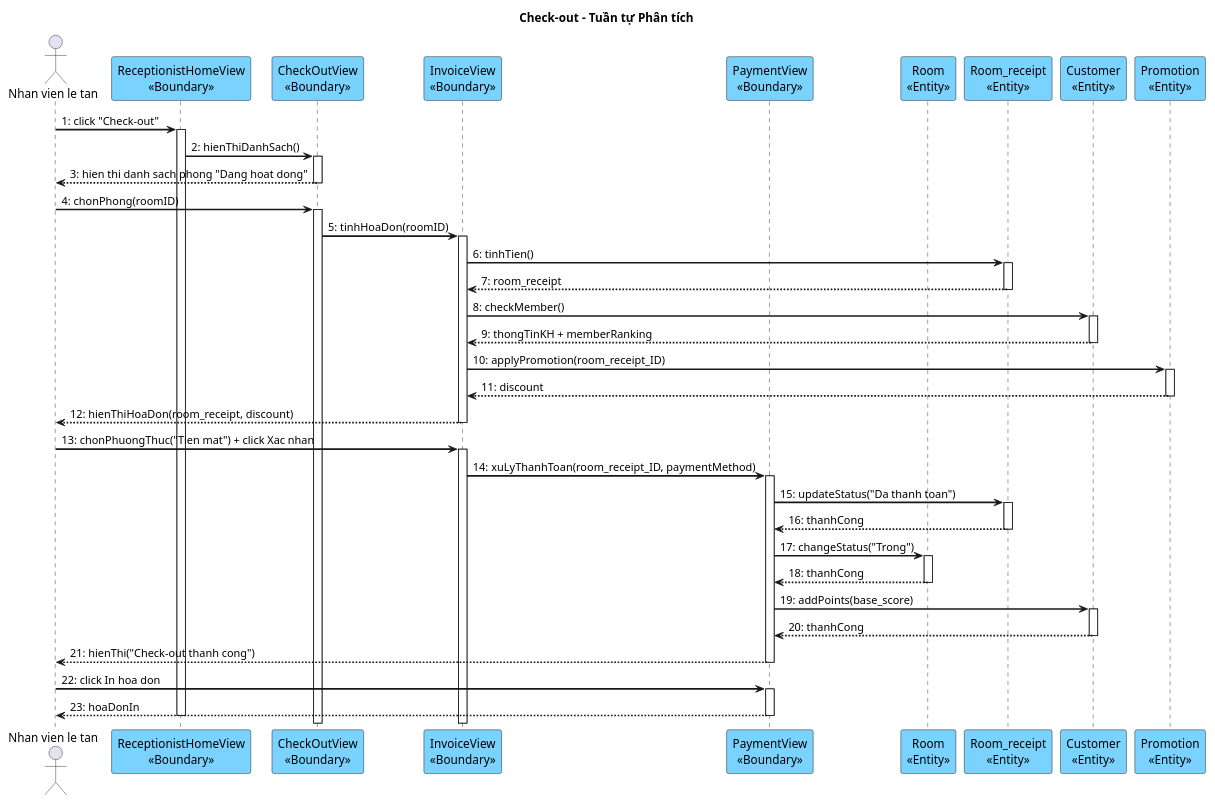
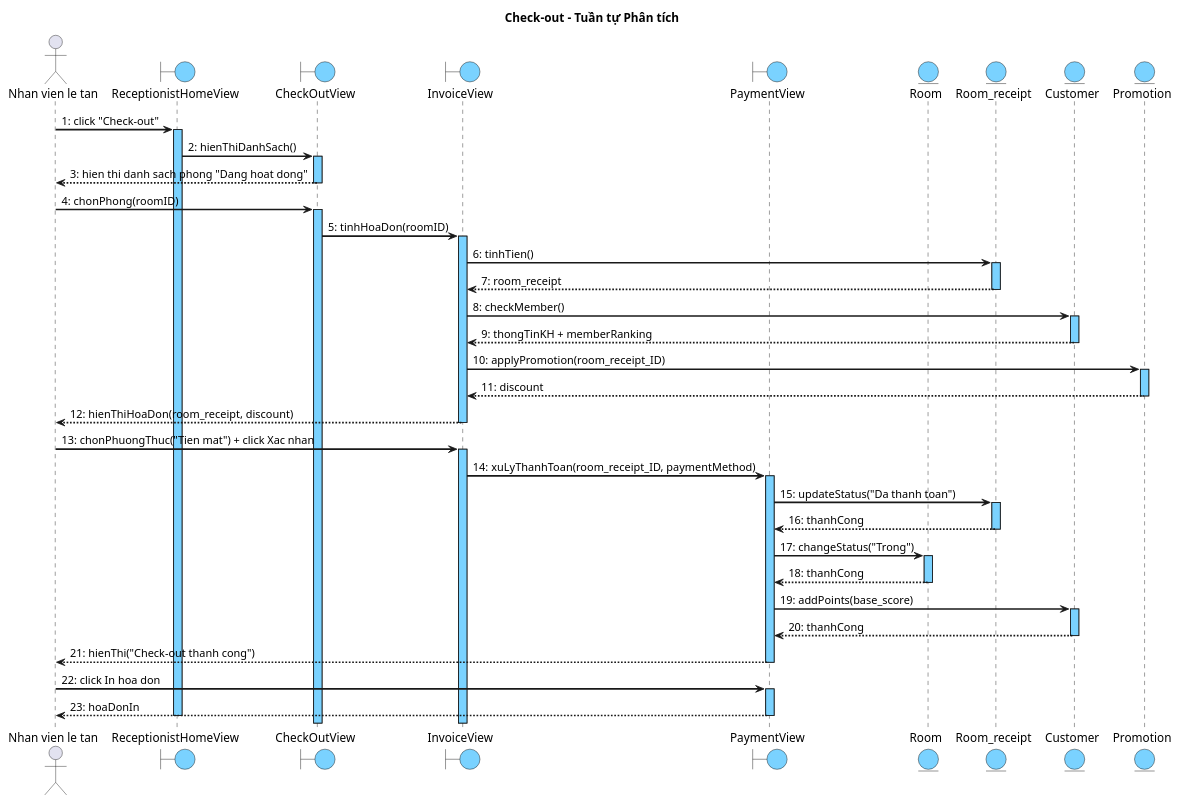
The eighth of 8 diagrams in docs/tabs/section-booking-ii.3-2.4.md (thanhtrnnn/cnpm), drawn with PlantUML before and after one commit. The commit also changed other lines of this file and 10 other files, not shown here.

First line of the commit message:
fix: sequence diagrams - blue activation bars + boundary/entity circle symbols

````diff
--- a/docs/tabs/section-booking-ii.3-2.4.md
+++ b/docs/tabs/section-booking-ii.3-2.4.md
@@ -610,76 +613,77 @@
 ```plantuml
 @startuml
 skinparam shadowing false
 skinparam SequenceMessageAlign left
 skinparam SequenceArrowThickness 2
+skinparam SequenceLifeLineBackgroundColor #7AD2FF
 skinparam ParticipantBackgroundColor #7AD2FF
 skinparam ParticipantBorderColor black
 skinparam BoundaryBackgroundColor #7AD2FF
 skinparam BoundaryBorderColor black
 skinparam EntityBackgroundColor #7AD2FF
 skinparam EntityBorderColor black
 
 title Check-out – Tuần tự Phân tích
 
 actor "Nhan vien le tan" as NV
-participant "ReceptionistHomeView\n<<Boundary>>" as Home
-participant "CheckOutView\n<<Boundary>>" as COV
-participant "InvoiceView\n<<Boundary>>" as IV
-participant "PaymentView\n<<Boundary>>" as PV
-participant "Room\n<<Entity>>" as Room
-participant "Room_receipt\n<<Entity>>" as RR
-participant "Customer\n<<Entity>>" as Cust
-participant "Promotion\n<<Entity>>" as Promo
+boundary "ReceptionistHomeView" as Home
+boundary "CheckOutView" as COV
+boundary "InvoiceView" as IV
+boundary "PaymentView" as PV
+entity "Room" as Room
+entity "Room_receipt" as RR
+entity "Customer" as Cust
+entity "Promotion" as Promo
 
 NV -> Home : 1: click "Check-out"
 activate Home
 Home -> COV : 2: hienThiDanhSach()
 activate COV
 COV --> NV : 3: hien thi danh sach phong "Dang hoat dong"
 deactivate COV
 
 NV -> COV : 4: chonPhong(roomID)
 activate COV
 COV -> IV : 5: tinhHoaDon(roomID)
 activate IV
 IV -> RR : 6: tinhTien()
 activate RR
 RR --> IV : 7: room_receipt
 deactivate RR
 IV -> Cust : 8: checkMember()
 activate Cust
 Cust --> IV : 9: thongTinKH + memberRanking
 deactivate Cust
 IV -> Promo : 10: applyPromotion(room_receipt_ID)
 activate Promo
 Promo --> IV : 11: discount
 deactivate Promo
 IV --> NV : 12: hienThiHoaDon(room_receipt, discount)
 deactivate IV
 
 NV -> IV : 13: chonPhuongThuc("Tien mat") + click Xac nhan
 activate IV
 IV -> PV : 14: xuLyThanhToan(room_receipt_ID, paymentMethod)
 activate PV
 PV -> RR : 15: updateStatus("Da thanh toan")
 activate RR
 RR --> PV : 16: thanhCong
 deactivate RR
 PV -> Room : 17: changeStatus("Trong")
 activate Room
 Room --> PV : 18: thanhCong
 deactivate Room
 PV -> Cust : 19: addPoints(base_score)
 activate Cust
 Cust --> PV : 20: thanhCong
 deactivate Cust
 PV --> NV : 21: hienThi("Check-out thanh cong")
 deactivate PV
 
 NV -> PV : 22: click In hoa don
 activate PV
 PV --> NV : 23: hoaDonIn
 deactivate PV
 deactivate Home
 @enduml
 ```
````
